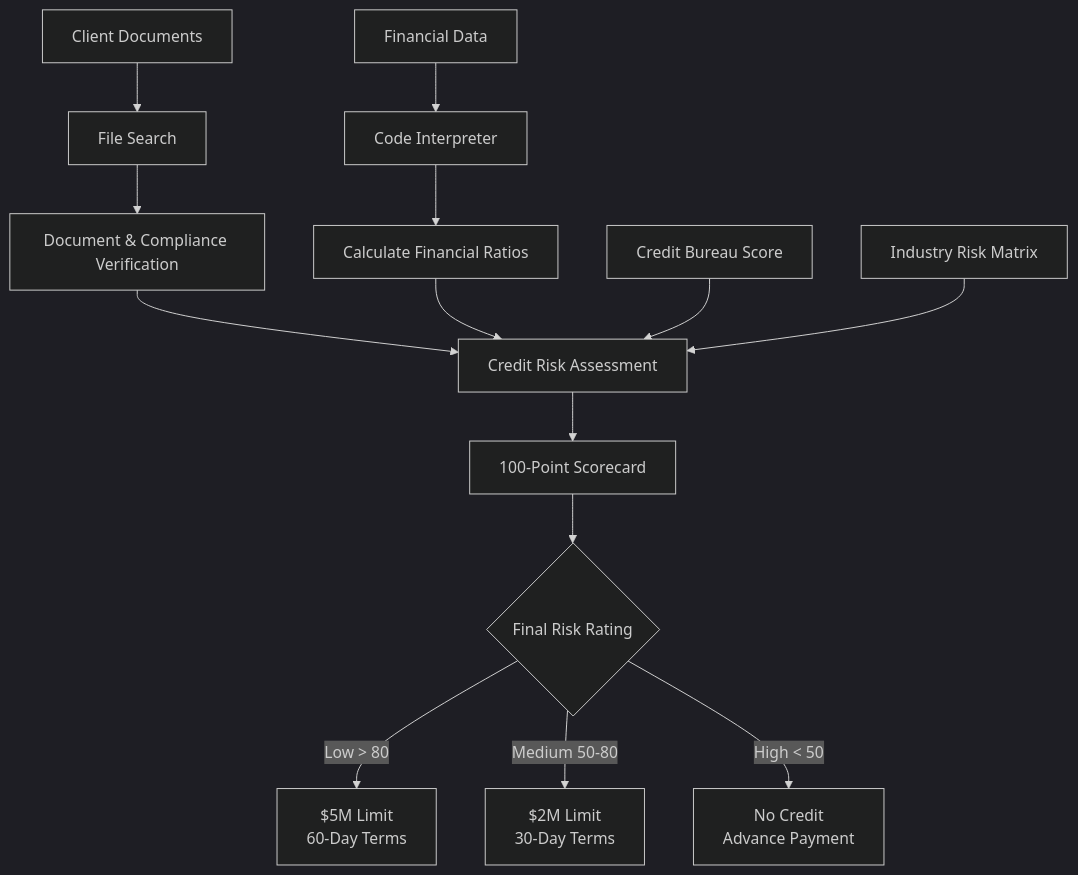
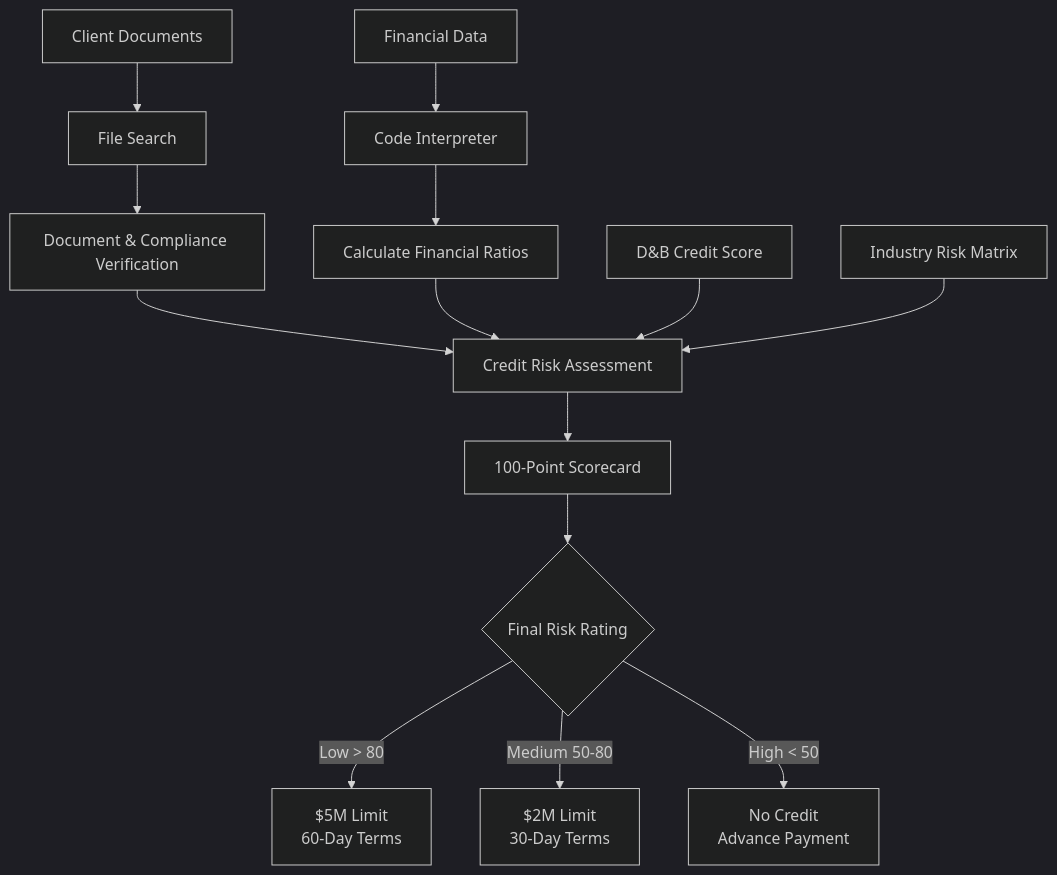
The diagram in Instructions/Exercises/Day04/lab02-build-agent-portal-and-vscode.md (Kiran-255666/AgenticAIEngineer), drawn with Mermaid (dark theme) before and after one commit. The commit also changed other lines of this file and 2 other files, not shown here.

````diff
--- a/Instructions/Exercises/Day04/lab02-build-agent-portal-and-vscode.md
+++ b/Instructions/Exercises/Day04/lab02-build-agent-portal-and-vscode.md
@@ -332,16 +393,16 @@
 ```mermaid
 flowchart TD
     A[Client Documents] --> B[File Search]
     B --> C[Document & Compliance Verification]
     D[Financial Data] --> E[Code Interpreter]
     E --> F[Calculate Financial Ratios]
     C --> G[Credit Risk Assessment]
     F --> G
-    H[Credit Bureau Score] --> G
+    H[D&B Credit Score] --> G
     I[Industry Risk Matrix] --> G
     G --> J[100-Point Scorecard]
     J --> K{Final Risk Rating}
     K -->|Low > 80| L[$5M Limit<br/>60-Day Terms]
     K -->|Medium 50-80| M[$2M Limit<br/>30-Day Terms]
     K -->|High < 50| N[No Credit<br/>Advance Payment]
 ```
````
